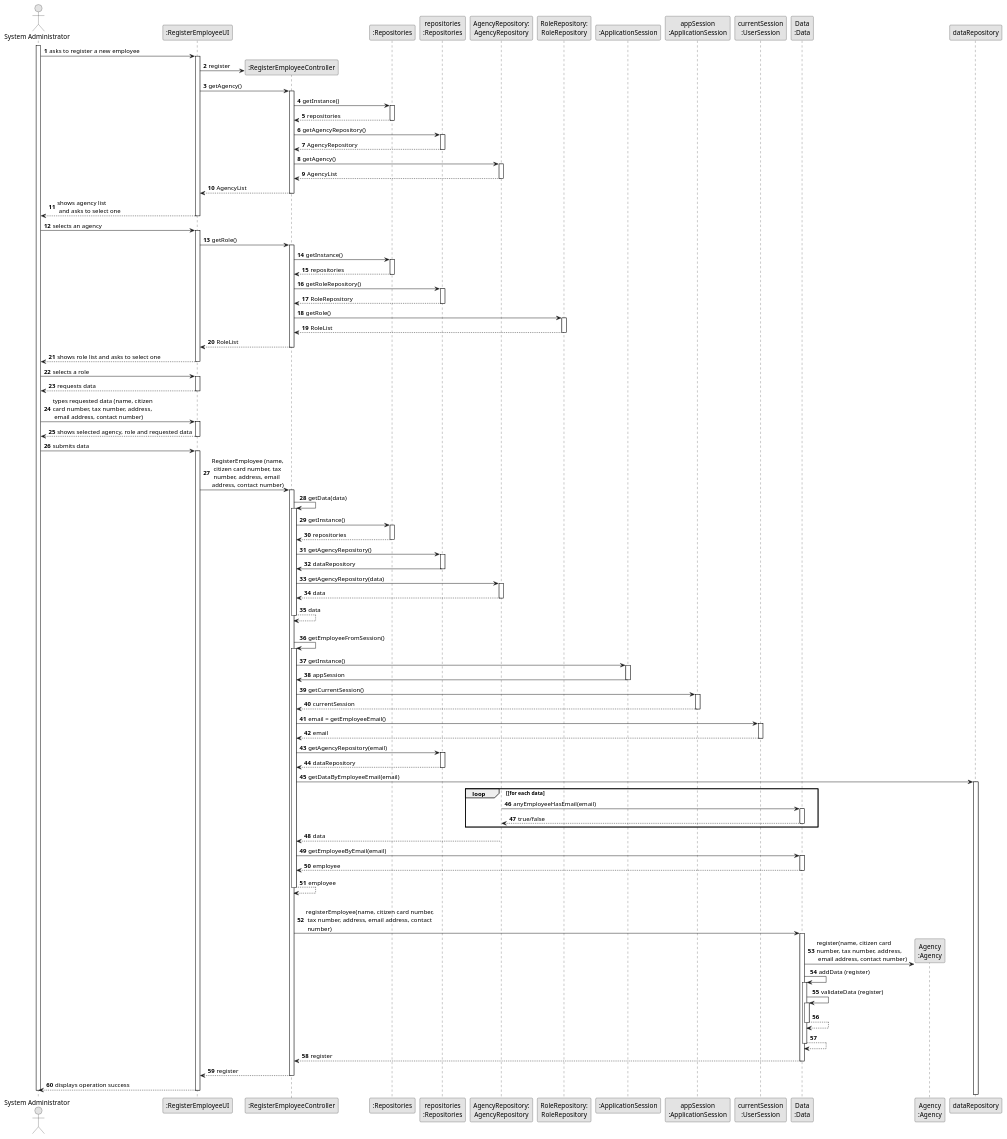
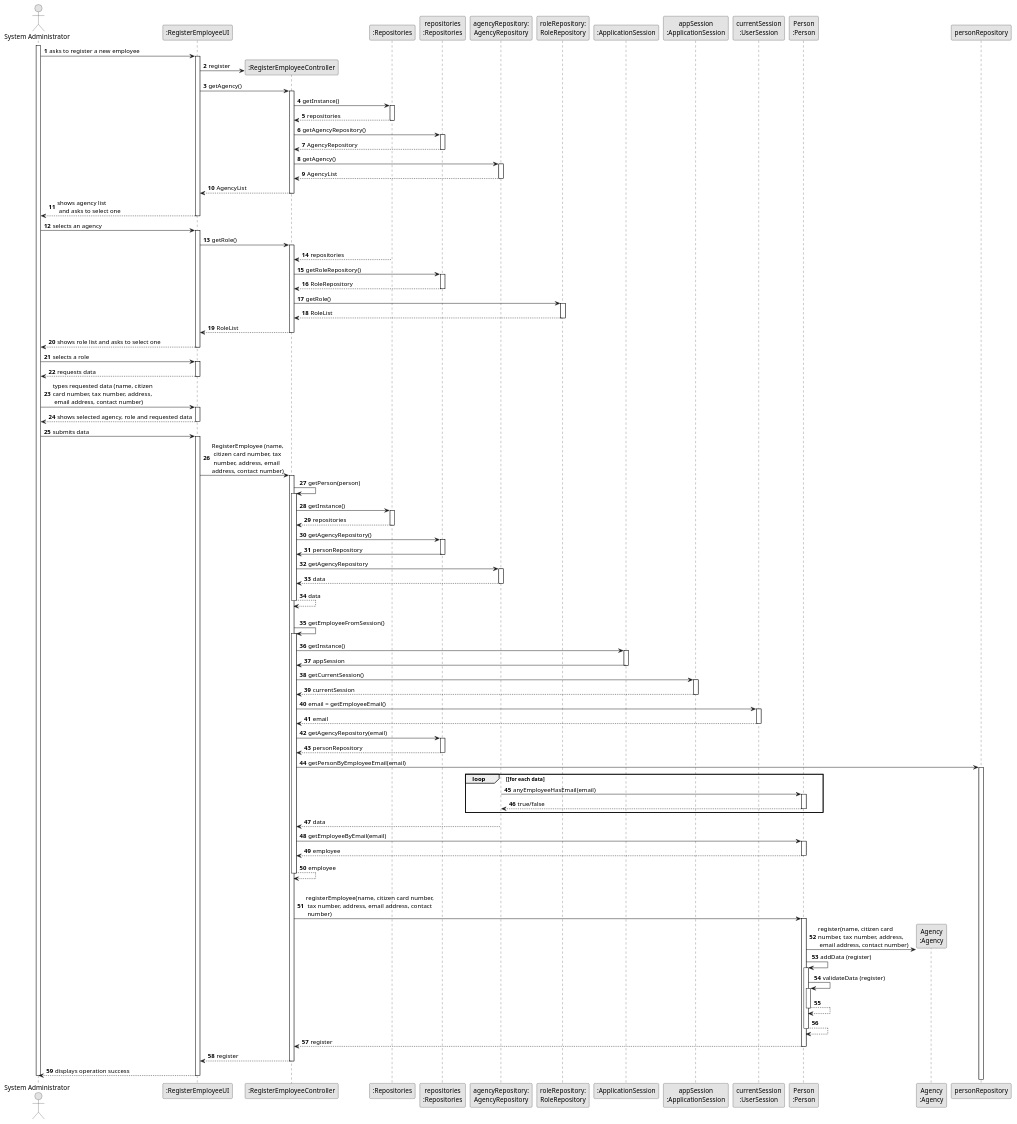
The diagram in docs/sprintB/us003/03.design/puml/us003-sequence-diagram-full.puml (rita-barbosa/LAPR2-2223), drawn with PlantUML before and after one commit.

Commit message:
Update SD [US3][Design]

```diff
--- a/docs/sprintB/us003/03.design/puml/us003-sequence-diagram-full.puml
+++ b/docs/sprintB/us003/03.design/puml/us003-sequence-diagram-full.puml
@@ -11,12 +11,12 @@
 participant ":RegisterEmployeeController" as CTRL
 participant ":Repositories" as RepositorySingleton
 participant "repositories\n:Repositories" as PLAT
-participant "AgencyRepository:\nAgencyRepository" as AgencyRepository
-participant "RoleRepository:\nRoleRepository" as RoleRepository
+participant "agencyRepository:\nAgencyRepository" as AgencyRepository
+participant "roleRepository:\nRoleRepository" as RoleRepository
 participant ":ApplicationSession" as _APP
 participant "appSession\n:ApplicationSession" as APP
 participant "currentSession\n:UserSession" as SESSAO
-participant "Data\n:Data" as DATA
+participant "Person\n:Person" as PERSON
 participant "Agency\n:Agency" as AGENCY
 
 activate ADM
@@ -63,8 +63,7 @@
 UI -> CTRL : getRole()
             activate CTRL
 
-                CTRL -> RepositorySingleton : getInstance()
-                activate RepositorySingleton
+
 
                     RepositorySingleton --> CTRL: repositories
                 deactivate RepositorySingleton
@@ -105,7 +104,7 @@
         UI -> CTRL : RegisterEmployee (name,\n citizen card number, tax \n number, address, email \naddress, contact number)
         activate CTRL
 
-            CTRL -> CTRL : getData(data)
+            CTRL -> CTRL : getPerson(person)
             activate CTRL
 
                 CTRL -> RepositorySingleton : getInstance()
@@ -117,10 +116,10 @@
                 CTRL -> PLAT : getAgencyRepository()
                 activate PLAT
 
-                    PLAT -> CTRL : dataRepository
+                    PLAT -> CTRL : personRepository
                 deactivate PLAT
 
-                CTRL -> AgencyRepository : getAgencyRepository(data)
+                CTRL -> AgencyRepository : getAgencyRepository
                 activate AgencyRepository
 
                     AgencyRepository --> CTRL : data
@@ -154,52 +153,52 @@
                 CTRL -> PLAT: getAgencyRepository(email)
                 activate PLAT
 
-                    PLAT --> CTRL: dataRepository
+                    PLAT --> CTRL: personRepository
                 deactivate PLAT
 
 
-                CTRL -> dataRepository: getDataByEmployeeEmail(email)
-                activate dataRepository
+                CTRL -> personRepository: getPersonByEmployeeEmail(email)
+                activate personRepository
 
                     loop [for each data
-                        AgencyRepository -> DATA : anyEmployeeHasEmail(email)
-                        activate DATA
+                        AgencyRepository -> PERSON : anyEmployeeHasEmail(email)
+                        activate PERSON
 
-                             DATA --> AgencyRepository : true/false
-                        deactivate DATA
+                             PERSON --> AgencyRepository : true/false
+                        deactivate PERSON
                     end
                     AgencyRepository --> CTRL : data
                 deactivate AgencyRepository
 
-                CTRL -> DATA: getEmployeeByEmail(email)
-                activate DATA
+                CTRL -> PERSON: getEmployeeByEmail(email)
+                activate PERSON
 
-                    DATA --> CTRL : employee
-                deactivate DATA
+                    PERSON --> CTRL : employee
+                deactivate PERSON
 
                 CTRL --> CTRL : employee
             deactivate CTRL
 
             |||
-            CTRL -> DATA: registerEmployee(name, citizen card number,\n tax number, address, email address, contact\n number)
-            activate DATA
+            CTRL -> PERSON: registerEmployee(name, citizen card number,\n tax number, address, email address, contact\n number)
+            activate PERSON
 
-                DATA -> AGENCY**: register(name, citizen card \nnumber, tax number, address,\n email address, contact number)
-                DATA -> DATA: addData (register)
+                PERSON -> AGENCY**: register(name, citizen card \nnumber, tax number, address,\n email address, contact number)
+                PERSON -> PERSON: addData (register)
 
 
-                activate DATA
-                    DATA -> DATA: validateData (register)
-                    activate DATA
-                        DATA --> DATA
-                    deactivate DATA
+                activate PERSON
+                    PERSON -> PERSON: validateData (register)
+                    activate PERSON
+                        PERSON --> PERSON
+                    deactivate PERSON
 
-                    DATA --> DATA
-                deactivate DATA
+                    PERSON --> PERSON
+                deactivate PERSON
 
-                DATA --> CTRL : register
+                PERSON --> CTRL : register
 
-            deactivate DATA
+            deactivate PERSON
 
             CTRL --> UI: register
             deactivate CTRL
```
